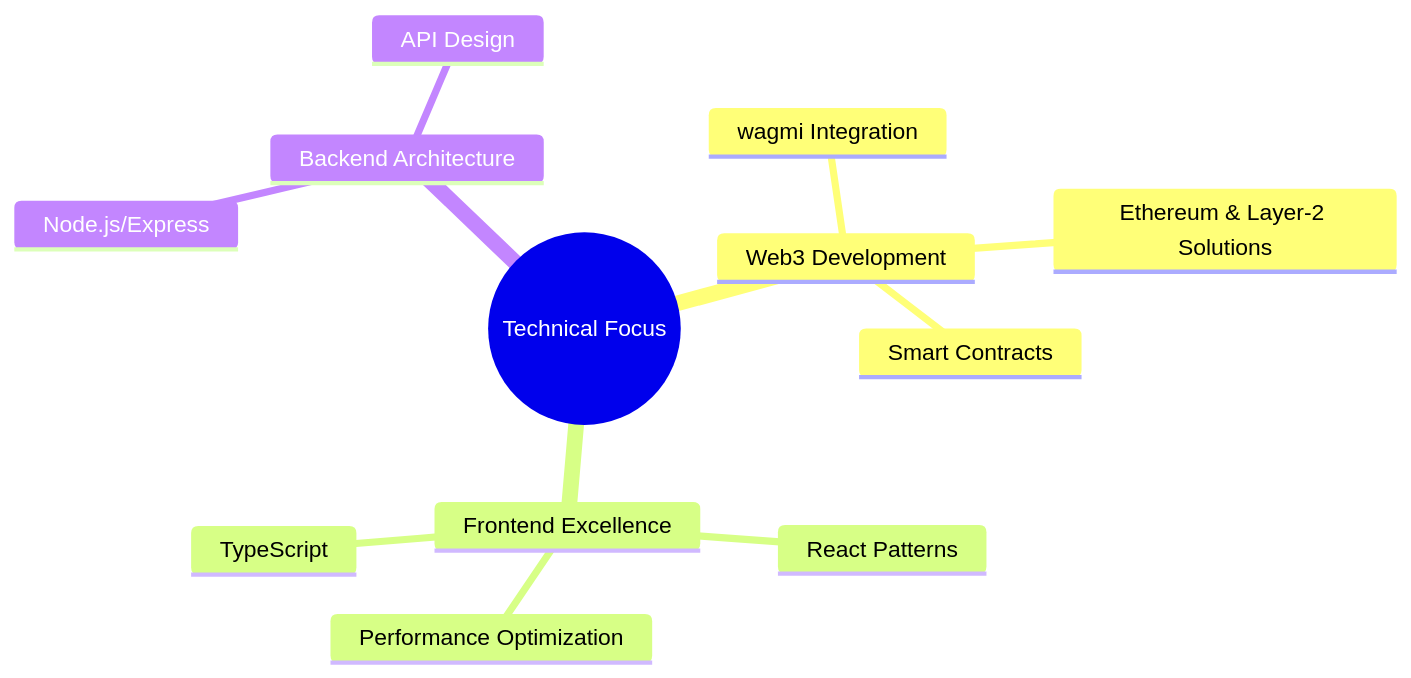
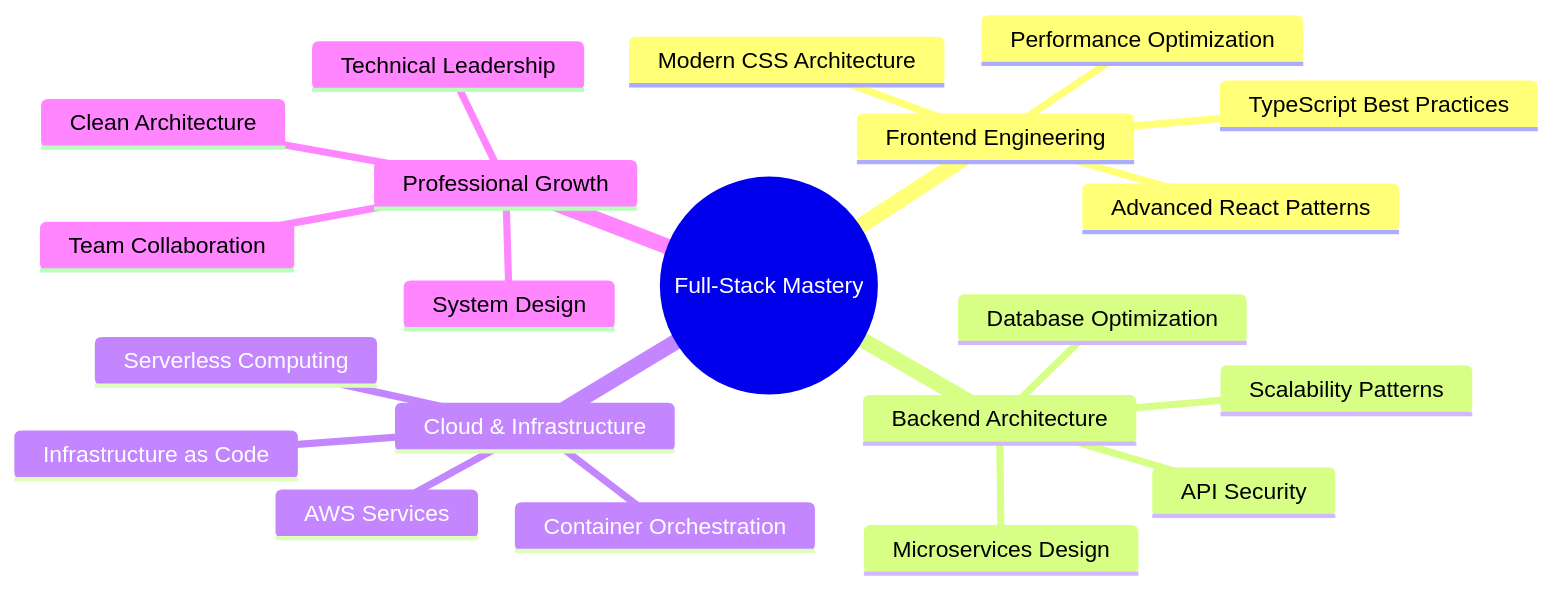
The diagram in README.md (impruthvi/impruthvi), drawn with Mermaid before and after one commit. The commit also changed other lines of this file and 2 other files, not shown here.

````diff
--- a/README.md
+++ b/README.md
@@ -54,15 +171,24 @@
 ```mermaid
 mindmap
-  root((Technical Focus))
-    Web3 Development
-      Smart Contracts
-      Ethereum & Layer-2 Solutions
-      wagmi Integration
-    Frontend Excellence
-      React Patterns
-      TypeScript
+  root((Full-Stack Mastery))
+    Frontend Engineering
+      Advanced React Patterns
       Performance Optimization
+      Modern CSS Architecture
+      TypeScript Best Practices
     Backend Architecture
-      Node.js/Express
-      API Design
+      Microservices Design
+      Database Optimization
+      API Security
+      Scalability Patterns
+    Cloud & Infrastructure
+      AWS Services
+      Container Orchestration
+      Serverless Computing
+      Infrastructure as Code
+    Professional Growth
+      System Design
+      Clean Architecture
+      Team Collaboration
+      Technical Leadership
 ```
````
